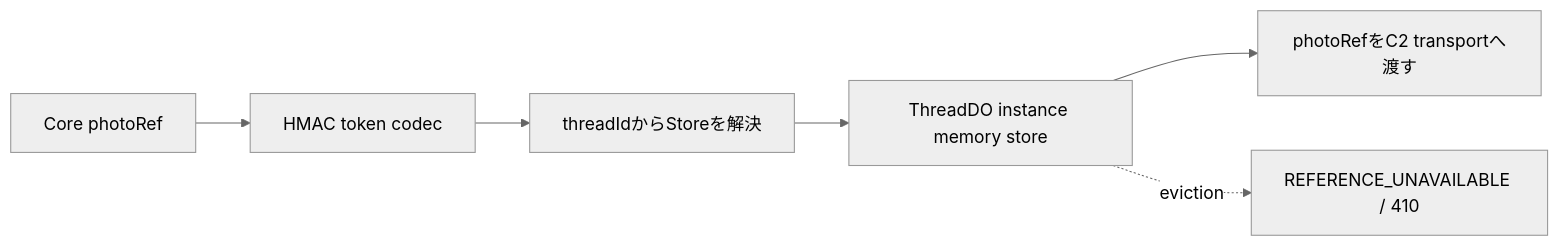
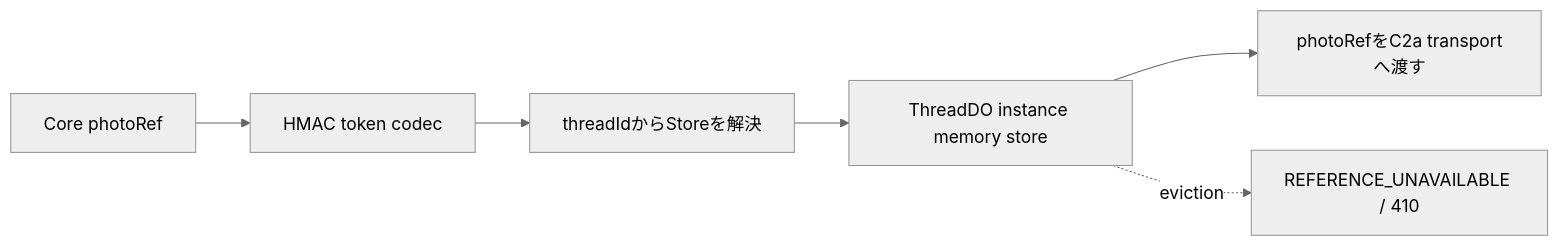
Before and after one commit to takapom/ima-app: the diagram in docs/design/m15-photo.md, drawn with Mermaid (neutral theme). The commit also changed other lines of this file and 11 other files, not shown here.

````diff
--- a/docs/design/m15-photo.md
+++ b/docs/design/m15-photo.md
@@ -7,8 +7,8 @@
 ```mermaid
 flowchart LR
   A[Core photoRef] --> B[HMAC token codec]
   B --> C[threadIdからStoreを解決]
   C --> D[ThreadDO instance memory store]
-  D --> E[photoRefをC2 transportへ渡す]
+  D --> E[photoRefをC2a transportへ渡す]
   D -. eviction .-> F[REFERENCE_UNAVAILABLE / 410]
 ```
````
